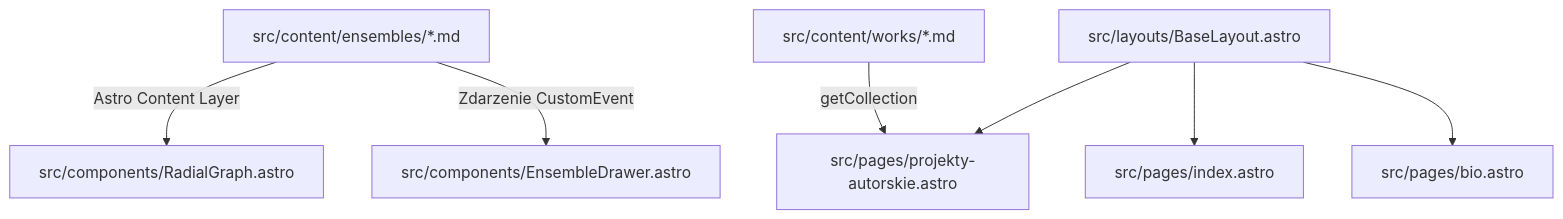
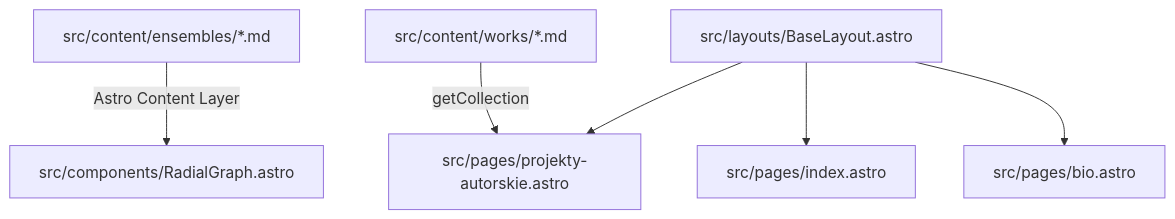
One commit to kacperczeczot/kacperczeczot changed the diagram in src/README.md. Above: the diagram before and after it, drawn with Mermaid. The commit also changed 6 other files, not shown here.

Commit message:
refactor: remove EnsembleDrawer component and update references across site documentation and layouts

````diff
--- a/src/README.md
+++ b/src/README.md
@@ -23,9 +23,8 @@
 ```mermaid
 graph TD
     A[src/content/ensembles/*.md] -->|Astro Content Layer| B[src/components/RadialGraph.astro]
-    A -->|Zdarzenie CustomEvent| C[src/components/EnsembleDrawer.astro]
     D[src/content/works/*.md] -->|getCollection| E[src/pages/projekty-autorskie.astro]
     F[src/layouts/BaseLayout.astro] --> G[src/pages/index.astro]
     F --> H[src/pages/bio.astro]
     F --> E
 ```
````
